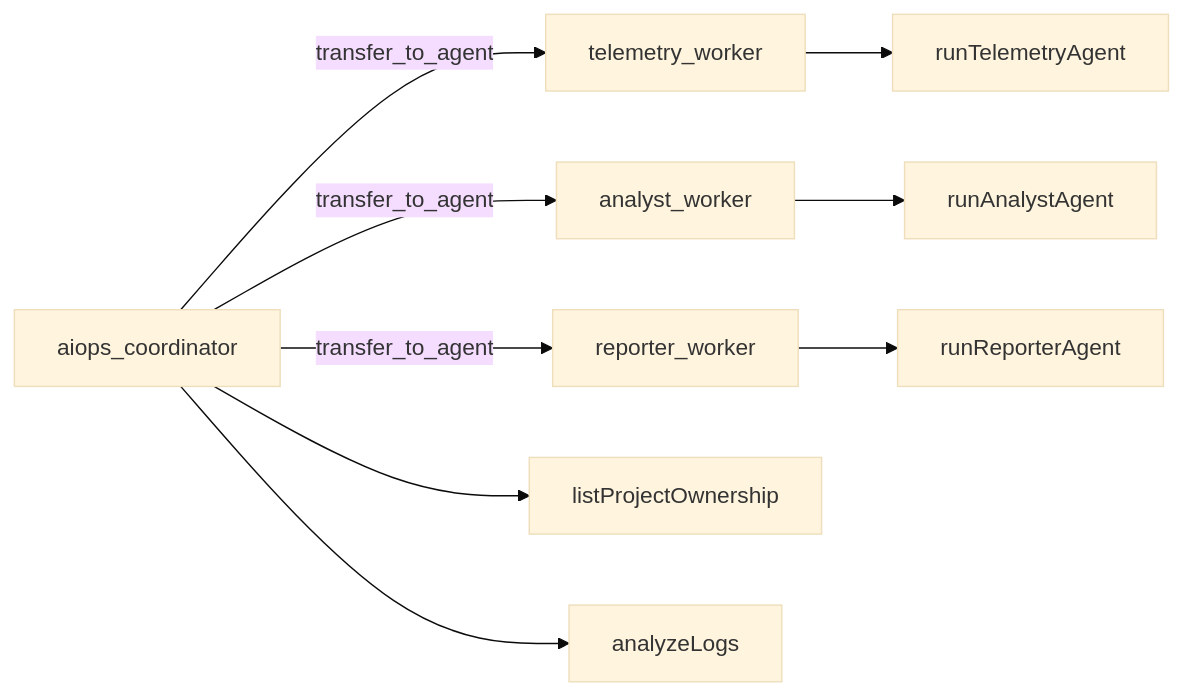
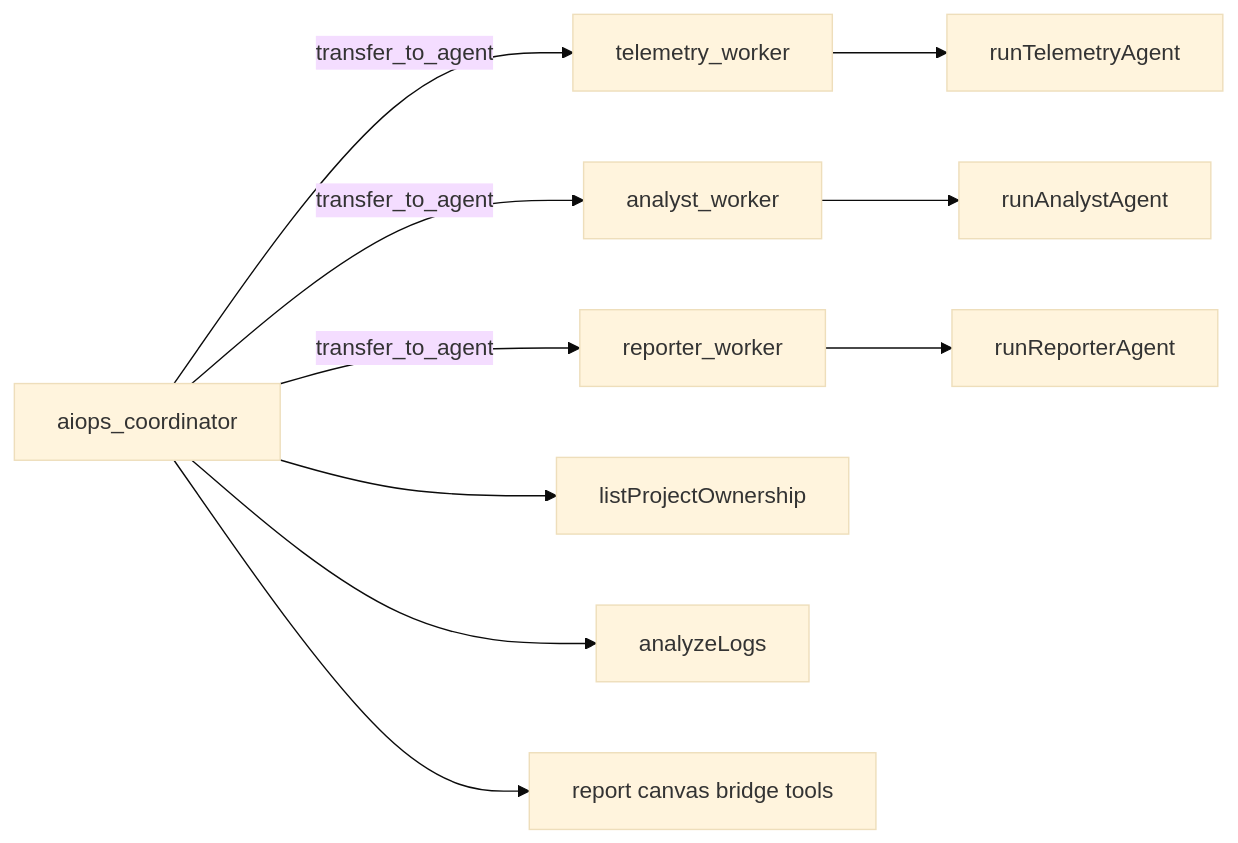
The third of 4 diagrams in docs/platform/README.md (anuidev8/aiops-prime-copilot), drawn with Mermaid (base theme) before and after one commit. The commit also changed other lines of this file and 32 other files, not shown here.

````diff
--- a/docs/platform/README.md
+++ b/docs/platform/README.md
@@ -111,17 +111,18 @@
 ```mermaid
 flowchart LR
   C["aiops_coordinator"]
   T["telemetry_worker"]
   A["analyst_worker"]
   R["reporter_worker"]
 
   C -->|transfer_to_agent| T
   C -->|transfer_to_agent| A
   C -->|transfer_to_agent| R
 
   T --> t1["runTelemetryAgent"]
   A --> a1["runAnalystAgent"]
   R --> r1["runReporterAgent"]
   C --> l1["listProjectOwnership"]
   C --> f1["analyzeLogs"]
+  C --> f2["report canvas bridge tools"]
 ```
````
